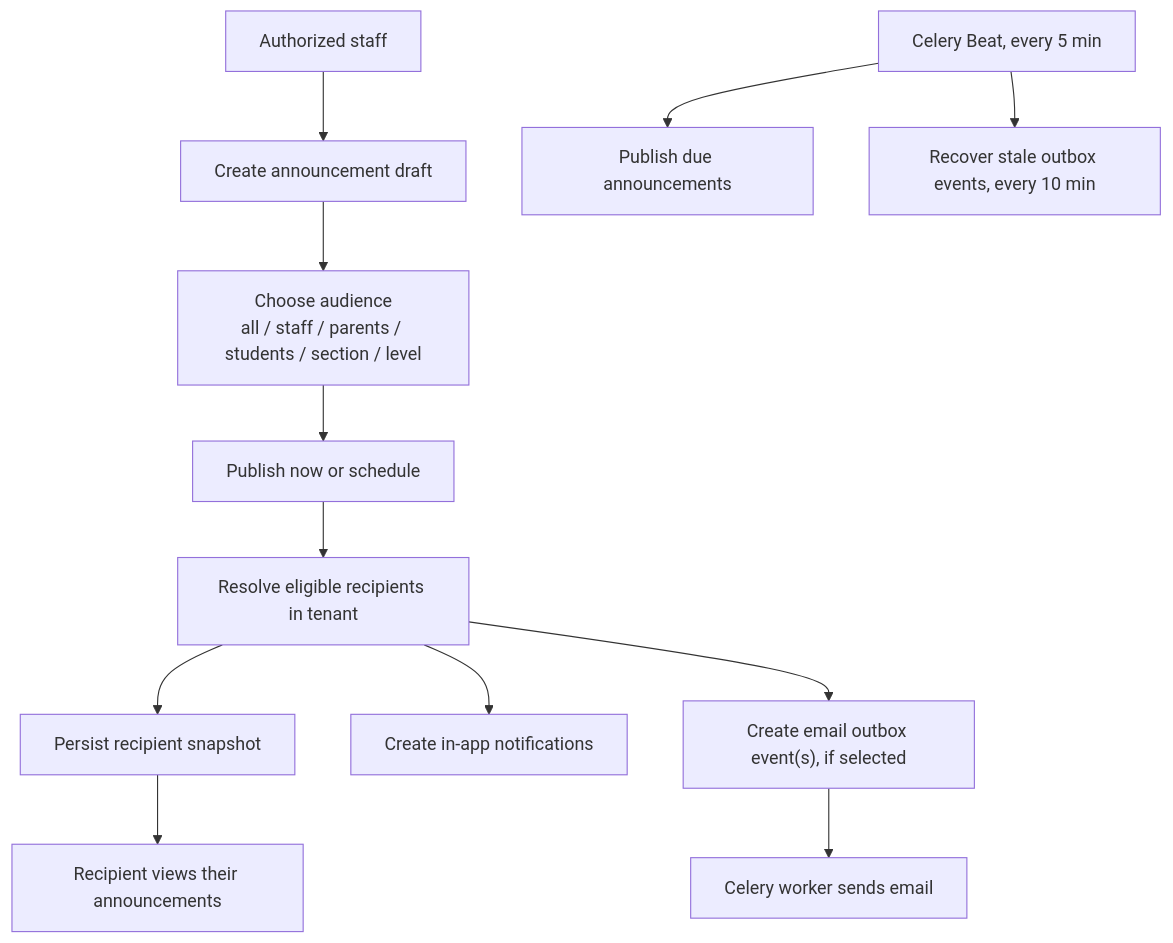
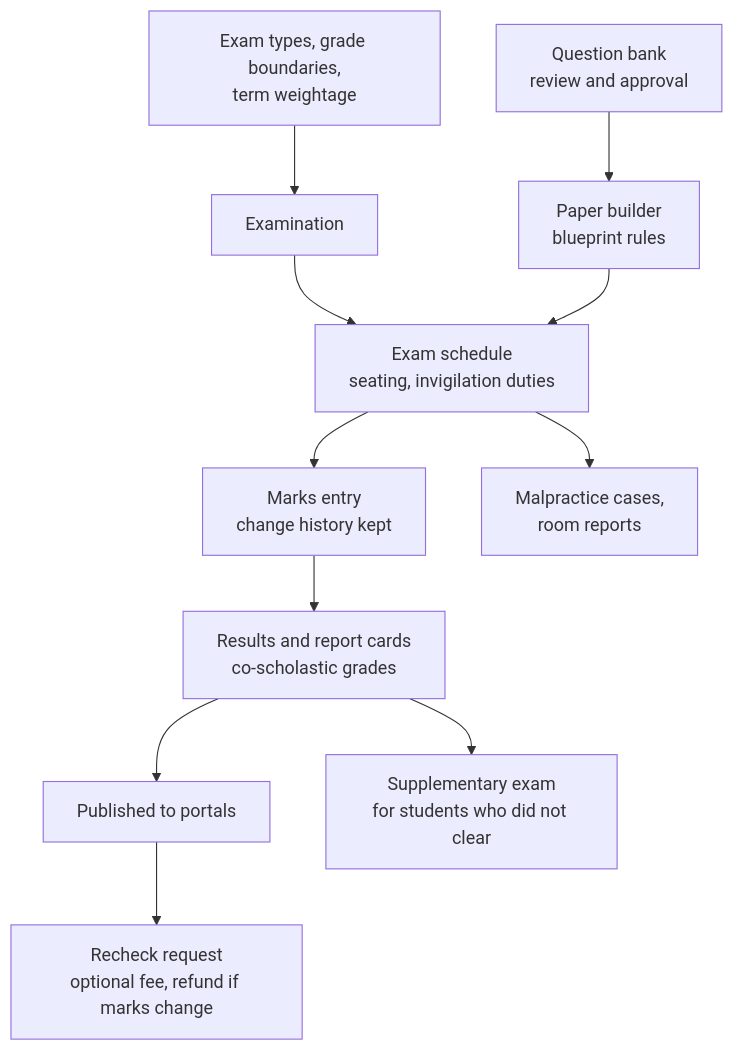
The seventh of 10 diagrams in SYSTEM_ARCHITECTURE_AND_MODULE_WORKFLOWS.md (niddanamohansps-hue/Mocha-Edu), drawn with Mermaid before and after one commit. The commit also changed other lines of this file and 1 other file, not shown here.

First line of the commit message:
docs(architecture): bring the architecture document up to date with the code

````diff
--- a/SYSTEM_ARCHITECTURE_AND_MODULE_WORKFLOWS.md
+++ b/SYSTEM_ARCHITECTURE_AND_MODULE_WORKFLOWS.md
@@ -203,14 +134,13 @@
 ```mermaid
 flowchart TD
-    Author["Authorized staff"] --> Draft["Create announcement draft"]
-    Draft --> Audience["Choose audience<br/>all / staff / parents / students / section / level"]
-    Audience --> Publish["Publish now or schedule"]
-    Publish --> Resolve["Resolve eligible recipients in tenant"]
-    Resolve --> Snapshot["Persist recipient snapshot"]
-    Resolve --> Inbox["Create in-app notifications"]
-    Resolve --> Outbox["Create email outbox event(s), if selected"]
-    Outbox --> Worker["Celery worker sends email"]
-    Beat["Celery Beat, every 5 min"] --> Due["Publish due announcements"]
-    Beat --> Retry["Recover stale outbox events, every 10 min"]
-    Snapshot --> Mine["Recipient views their announcements"]
+    Types["Exam types, grade boundaries,<br/>term weightage"] --> Exam["Examination"]
+    QB["Question bank<br/>review and approval"] --> Paper["Paper builder<br/>blueprint rules"]
+    Exam --> Sched["Exam schedule<br/>seating, invigilation duties"]
+    Paper --> Sched
+    Sched --> Marks["Marks entry<br/>change history kept"]
+    Marks --> Results["Results and report cards<br/>co-scholastic grades"]
+    Results --> Publish["Published to portals"]
+    Publish --> Recheck["Recheck request<br/>optional fee, refund if marks change"]
+    Results --> Supp["Supplementary exam<br/>for students who did not clear"]
+    Sched --> Mal["Malpractice cases,<br/>room reports"]
 ```
````
